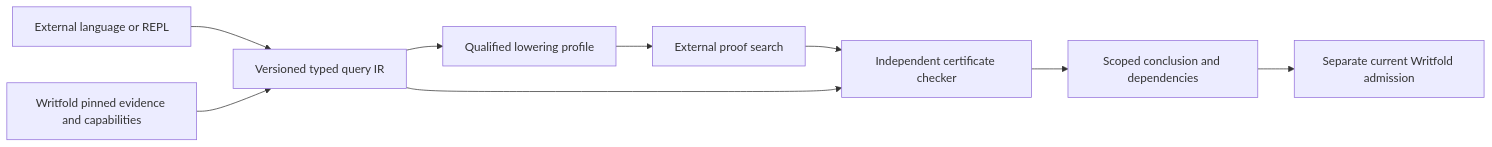
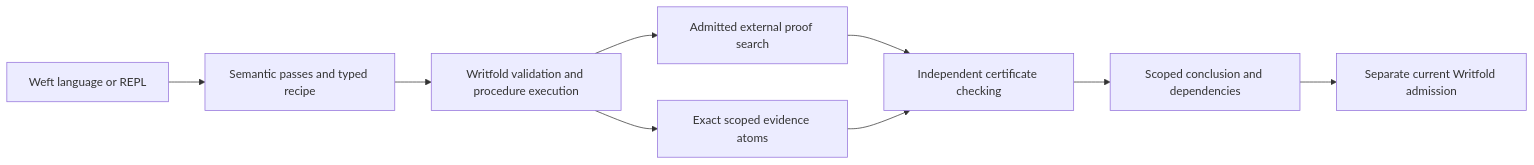
One commit to writfold-dev/writfold changed the diagram in docs/writfold/proof-query-exploration.md. Above: the diagram before and after it, drawn with Mermaid. The commit also changed other lines of this file, not shown here.

Commit message:
docs: align Weft handover with Writfold recipe execution

````diff
--- a/docs/writfold/proof-query-exploration.md
+++ b/docs/writfold/proof-query-exploration.md
@@ -112,11 +115,11 @@
 ```mermaid
 flowchart LR
-    S[External language or REPL] --> I[Versioned typed query IR]
-    W[Writfold pinned evidence and capabilities] --> I
-    I --> L[Qualified lowering profile]
-    L --> P[External proof search]
-    P --> C[Independent certificate checker]
-    I --> C
+    S[Weft language or REPL] --> I[Semantic passes and typed recipe]
+    I --> W[Writfold validation and procedure execution]
+    W --> E[Exact scoped evidence atoms]
+    W --> P[Admitted external proof search]
+    P --> C[Independent certificate checking]
+    E --> C
     C --> R[Scoped conclusion and dependencies]
     R --> A[Separate current Writfold admission]
 ```
````
